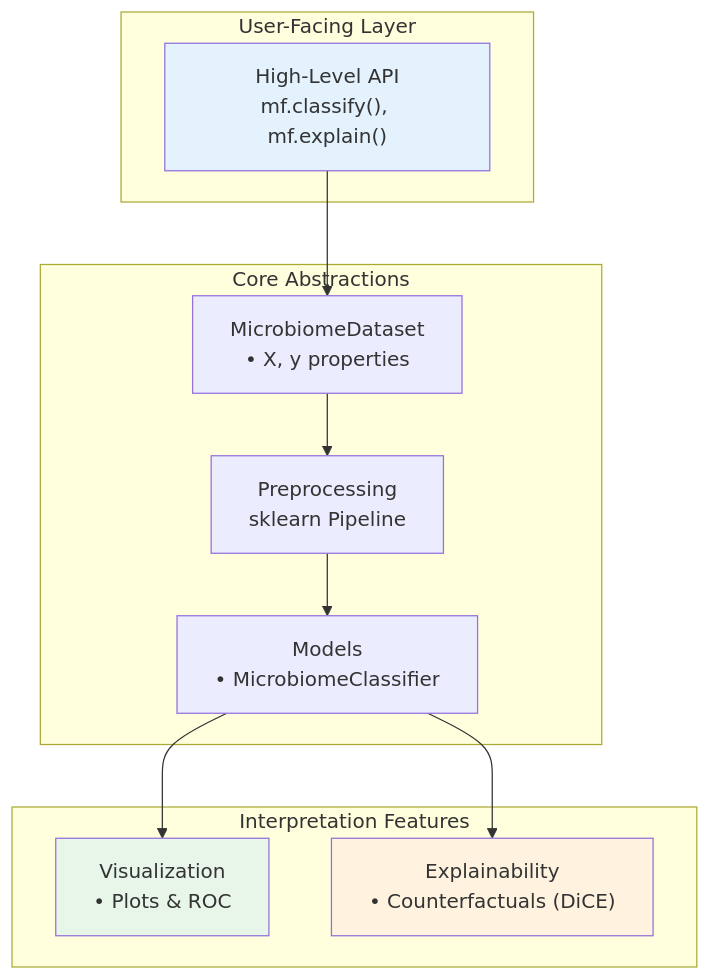
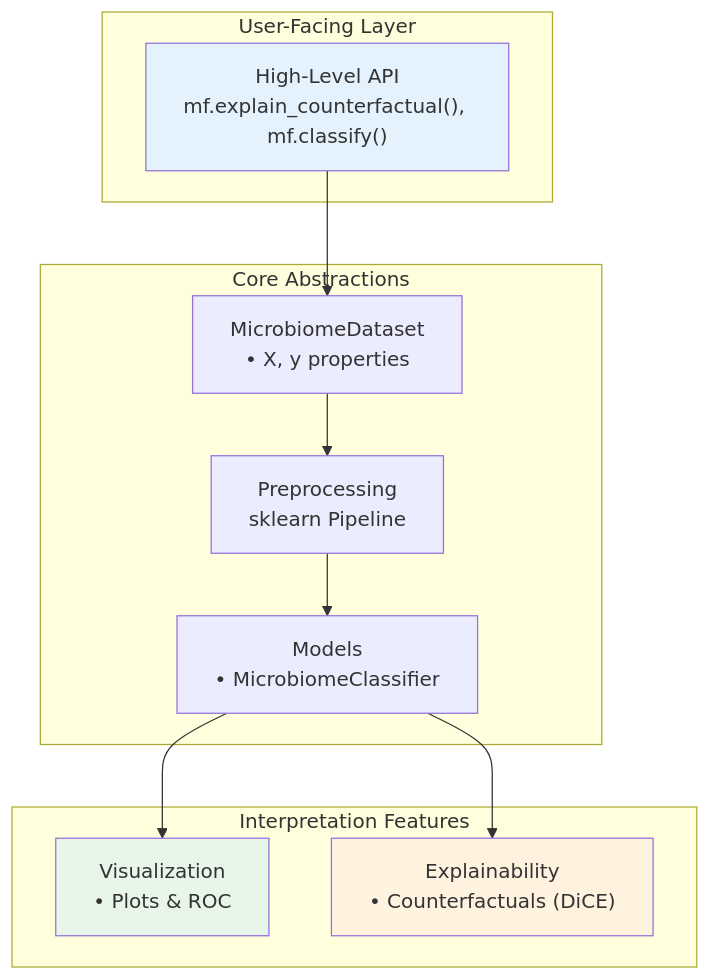
One commit to simeonhebrew/MicroFactual changed the diagram in README.md. Above: the diagram before and after it, drawn with Mermaid. The commit also changed other lines of this file and 1 other file, not shown here.

First line of the commit message:
docs: lead README with counterfactual example (T1.4)

````diff
--- a/README.md
+++ b/README.md
@@ -24,27 +24,27 @@
 ```mermaid
 graph TB
     subgraph "User-Facing Layer"
-        API["High-Level API<br/>mf.classify(), mf.explain()"]
+        API["High-Level API<br/>mf.explain_counterfactual(), mf.classify()"]
     end
 
     subgraph "Core Abstractions"
         Dataset["MicrobiomeDataset<br/>• X, y properties"]
         Pipeline["Preprocessing<br/>sklearn Pipeline"]
         Models["Models<br/>• MicrobiomeClassifier"]
     end
 
     subgraph "Interpretation Features"
         Viz["Visualization<br/>• Plots & ROC"]
         Explain["Explainability<br/>• Counterfactuals (DiCE)"]
     end
 
     API --> Dataset
     Dataset --> Pipeline
     Pipeline --> Models
     Models --> Viz
     Models --> Explain
 
     style API fill:#e3f2fd
     style Viz fill:#e8f5e9
     style Explain fill:#fff3e0
 ```
````
